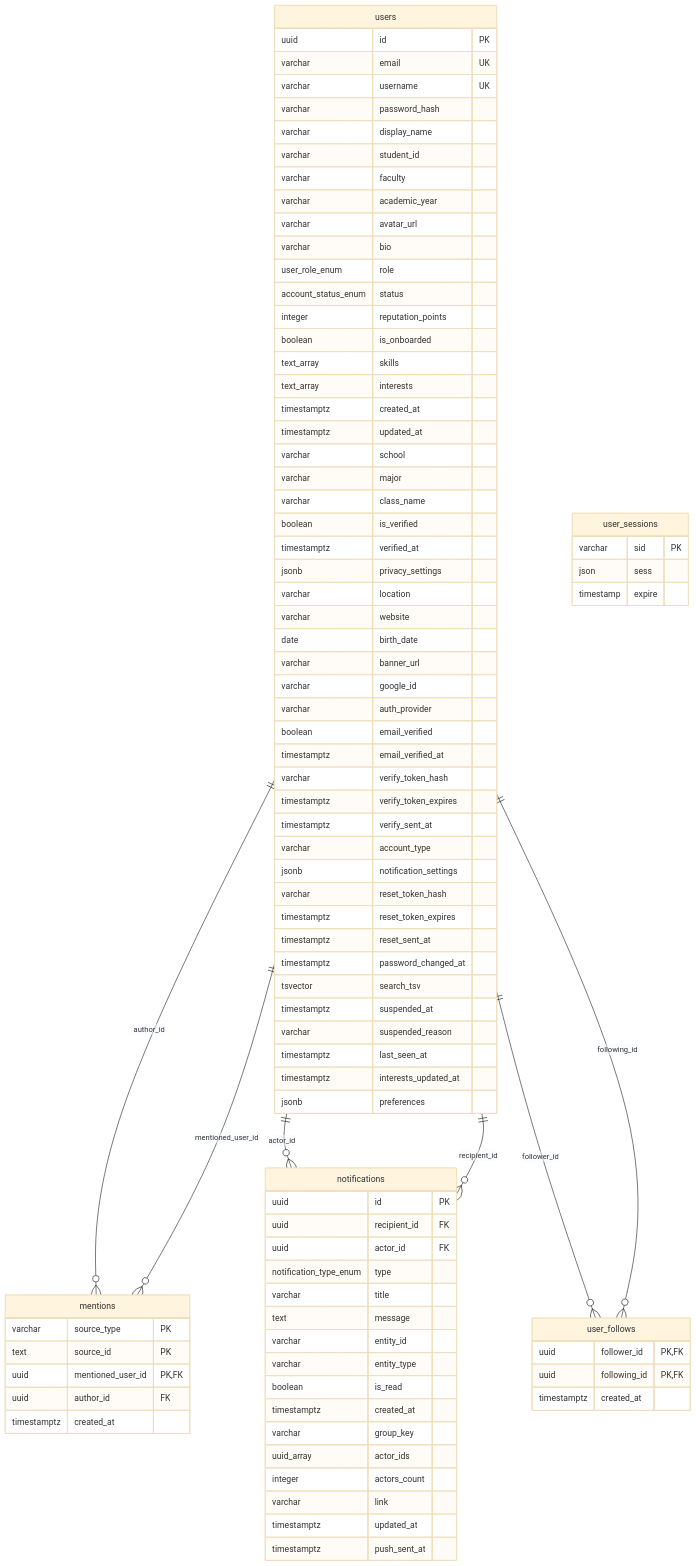
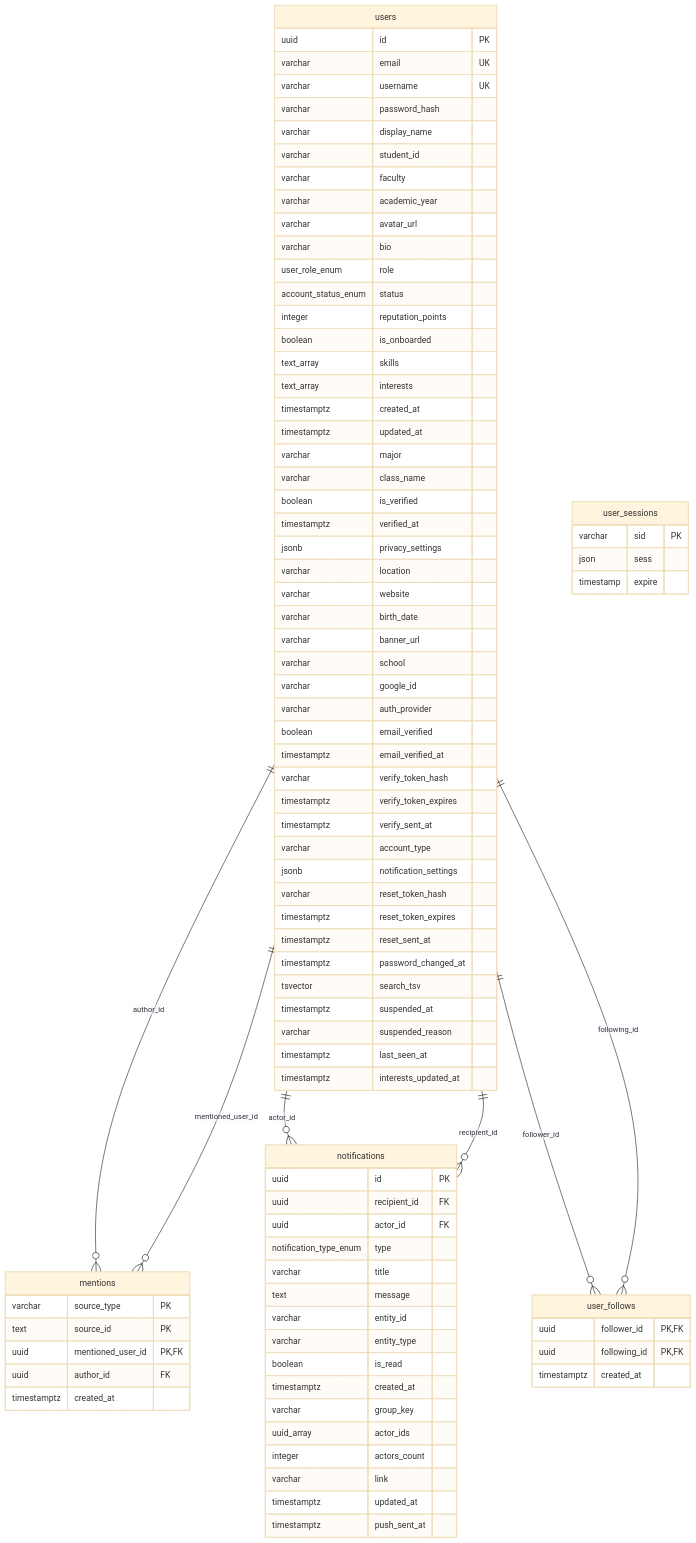
Before and after one commit to nhatcoi/pu-connect: the second of 7 diagrams in docs/diagrams/04-erd.md, drawn with Mermaid (base theme). The commit also changed other lines of this file and 6 other files, not shown here.

Commit message:
docs(chat): document mentions, AI threads, skills, connectors; regenerate ERD

```diff
--- a/docs/diagrams/04-erd.md
+++ b/docs/diagrams/04-erd.md
@@ -97,7 +101,6 @@
     text_array interests
     timestamptz created_at
     timestamptz updated_at
-    varchar school
     varchar major
     varchar class_name
     boolean is_verified
@@ -105,8 +108,9 @@
     jsonb privacy_settings
     varchar location
     varchar website
-    date birth_date
+    varchar birth_date
     varchar banner_url
+    varchar school
     varchar google_id
     varchar auth_provider
     boolean email_verified
@@ -125,7 +129,6 @@
     varchar suspended_reason
     timestamptz last_seen_at
     timestamptz interests_updated_at
-    jsonb preferences
   }
   user_follows {
     uuid follower_id PK,FK
```
